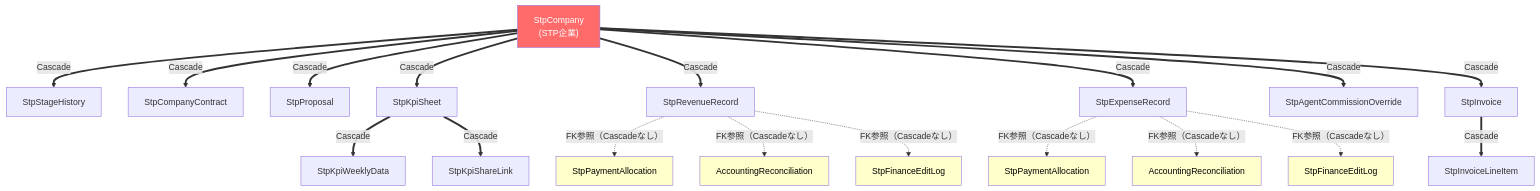
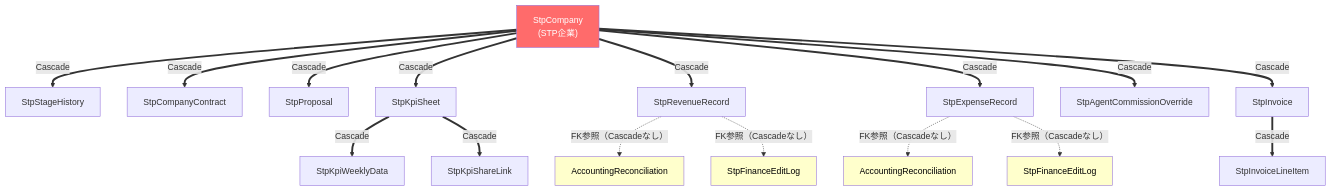
One commit to kazuma-ddci/stella-crm changed the third of 15 diagrams in docs/business-rules-diagram.md. Above: the diagram before and after it, drawn with Mermaid. The commit also changed other lines of this file and 31 other files, not shown here.

````diff
--- a/docs/business-rules-diagram.md
+++ b/docs/business-rules-diagram.md
@@ -190,33 +188,29 @@
 ```mermaid
 graph TD
     SC["StpCompany<br/>(STP企業)"]
 
     SC ==>|"Cascade"| SSH["StpStageHistory"]
     SC ==>|"Cascade"| SCCON["StpCompanyContract"]
     SC ==>|"Cascade"| PROP["StpProposal"]
     SC ==>|"Cascade"| KPI["StpKpiSheet"]
     SC ==>|"Cascade"| SRR["StpRevenueRecord"]
     SC ==>|"Cascade"| SER["StpExpenseRecord"]
     SC ==>|"Cascade"| SACO["StpAgentCommissionOverride"]
     SC ==>|"Cascade"| INV["StpInvoice"]
 
     KPI ==>|"Cascade"| KPIW["StpKpiWeeklyData"]
     KPI ==>|"Cascade"| KPIS["StpKpiShareLink"]
 
     INV ==>|"Cascade"| INVLI["StpInvoiceLineItem"]
 
-    SRR -.->|"FK参照（Cascadeなし）"| PA1["StpPaymentAllocation"]
-    SER -.->|"FK参照（Cascadeなし）"| PA2["StpPaymentAllocation"]
     SRR -.->|"FK参照（Cascadeなし）"| AR1["AccountingReconciliation"]
     SER -.->|"FK参照（Cascadeなし）"| AR2["AccountingReconciliation"]
     SRR -.->|"FK参照（Cascadeなし）"| FEL1["StpFinanceEditLog"]
     SER -.->|"FK参照（Cascadeなし）"| FEL2["StpFinanceEditLog"]
 
     style SC fill:#ff6b6b,color:#fff
-    style PA1 fill:#ffffcc,color:#000
-    style PA2 fill:#ffffcc,color:#000
     style AR1 fill:#ffffcc,color:#000
     style AR2 fill:#ffffcc,color:#000
     style FEL1 fill:#ffffcc,color:#000
     style FEL2 fill:#ffffcc,color:#000
 ```
````
